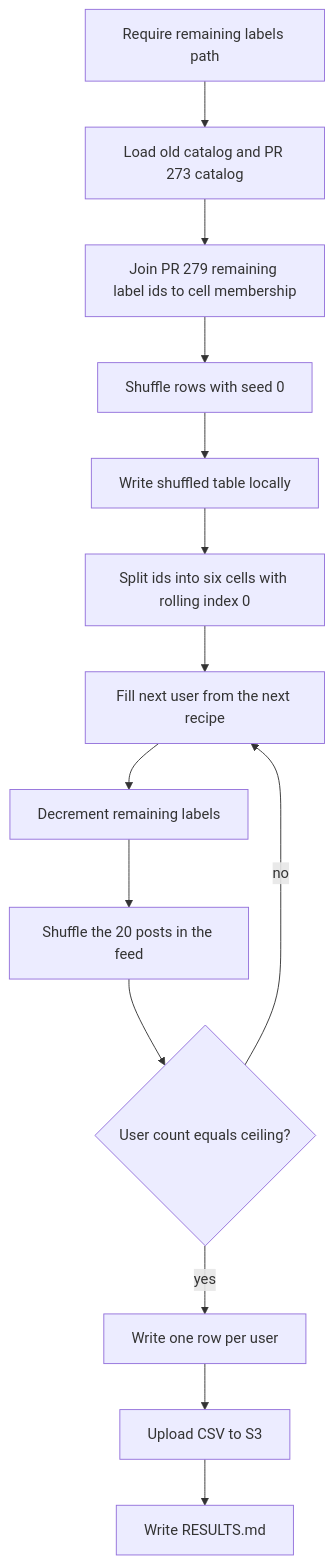
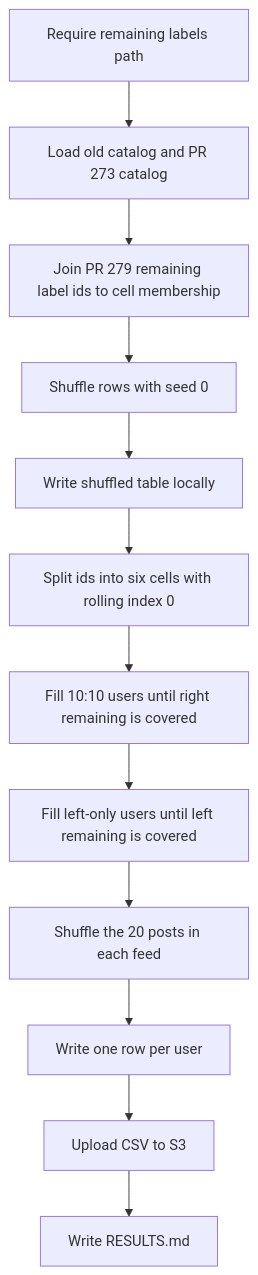
One commit to METResearchGroup/mirrorView-task changed the diagram in docs/plans/2026-09-09_study_user_assignments_ac7f04/plan.md. Above: the diagram before and after it, drawn with Mermaid. The commit also changed other lines of this file, not shown here.

First line of the commit message:
Revise assignment plan: maximize 10:10 feeds, rest left-only.

````diff
--- a/docs/plans/2026-09-09_study_user_assignments_ac7f04/plan.md
+++ b/docs/plans/2026-09-09_study_user_assignments_ac7f04/plan.md
@@ -17,16 +19,14 @@
 ```mermaid
 flowchart TD
     A[Require remaining labels path] --> B[Load old catalog and PR 273 catalog]
     B --> C[Join PR 279 remaining label ids to cell membership]
     C --> D[Shuffle rows with seed 0]
     D --> E[Write shuffled table locally]
     E --> F[Split ids into six cells with rolling index 0]
-    F --> G[Fill next user from the next recipe]
-    G --> H[Decrement remaining labels]
-    H --> I[Shuffle the 20 posts in the feed]
-    I --> J{User count equals ceiling?}
-    J -->|no| G
-    J -->|yes| K[Write one row per user]
-    K --> L[Upload CSV to S3]
-    L --> M[Write RESULTS.md]
+    F --> G[Fill 10:10 users until right remaining is covered]
+    G --> H[Fill left-only users until left remaining is covered]
+    H --> I[Shuffle the 20 posts in each feed]
+    I --> J[Write one row per user]
+    J --> K[Upload CSV to S3]
+    K --> L[Write RESULTS.md]
 ```
````
